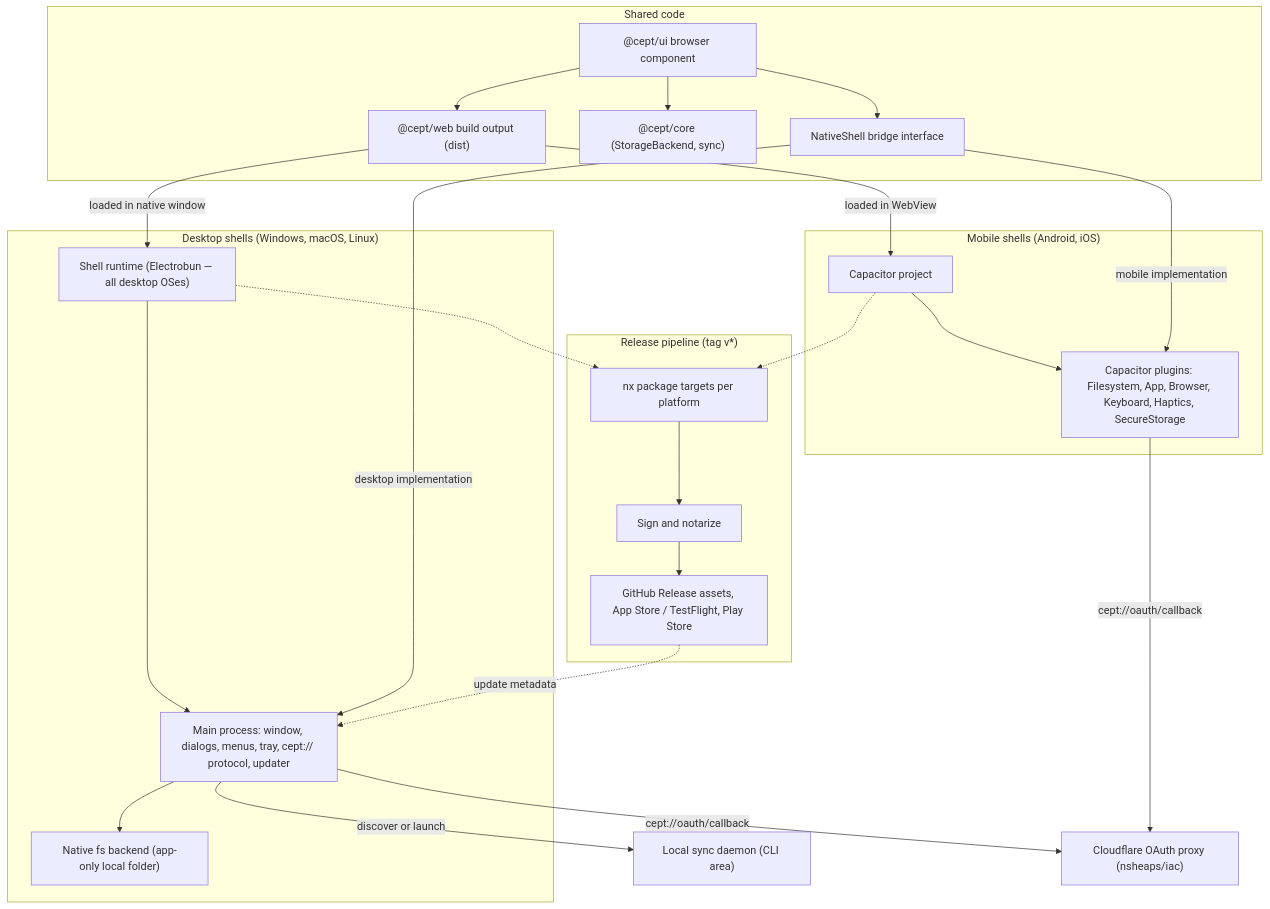
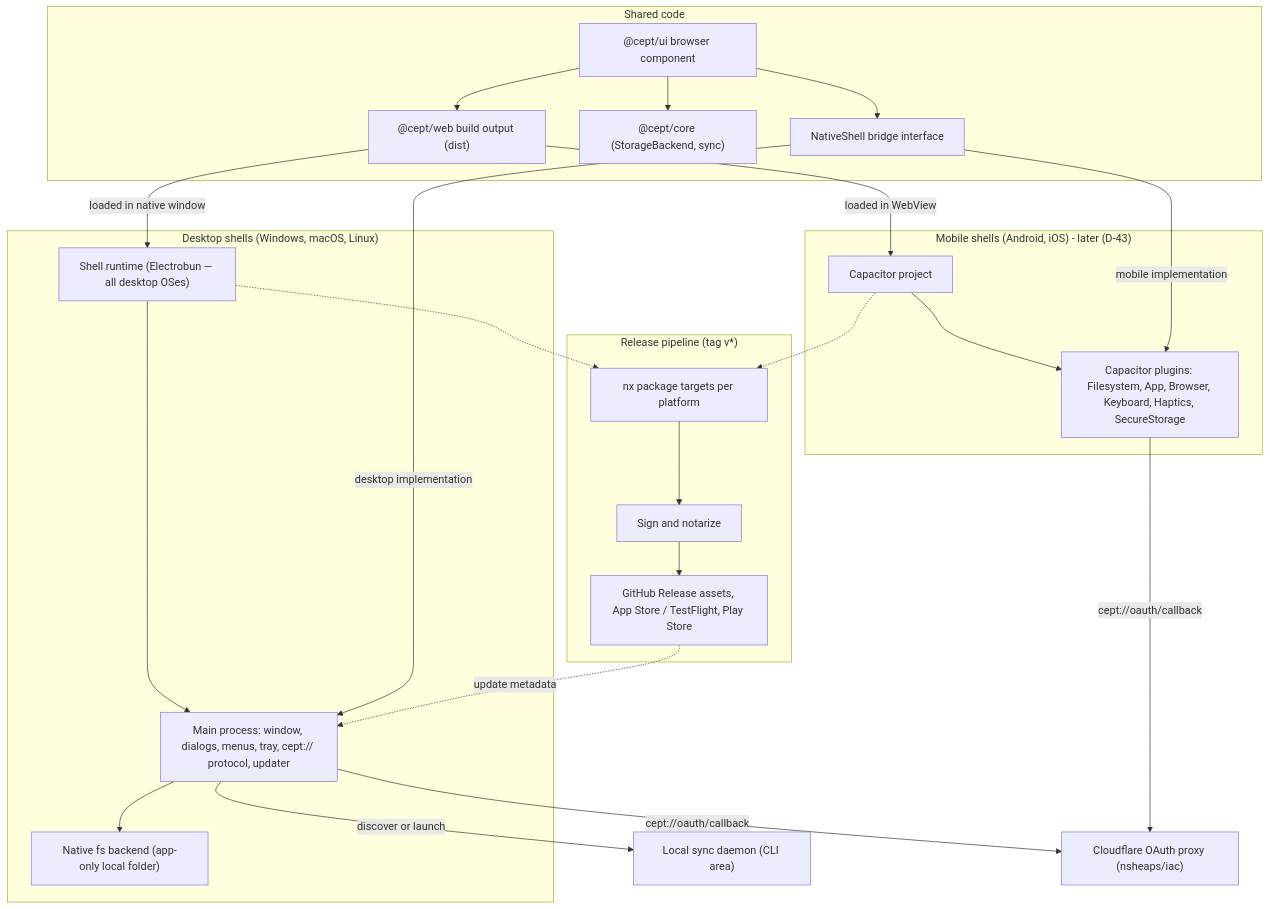
Before and after one commit to nsheaps/cept: the first of 3 diagrams in docs/specs/requirements/07-native-apps.md, drawn with Mermaid. The commit also changed other lines of this file and 10 other files, not shown here.

````diff
--- a/docs/specs/requirements/07-native-apps.md
+++ b/docs/specs/requirements/07-native-apps.md
@@ -76,47 +77,47 @@
 ```mermaid
 flowchart TB
   subgraph Shared["Shared code"]
     UI["@cept/ui browser component"]
     WEB["@cept/web build output (dist)"]
     CORE["@cept/core (StorageBackend, sync)"]
     BRIDGE["NativeShell bridge interface"]
     UI --> BRIDGE
     UI --> CORE
     UI --> WEB
   end
 
   subgraph Desktop["Desktop shells (Windows, macOS, Linux)"]
     DSHELL["Shell runtime (Electrobun — all desktop OSes)"]
     DMAIN["Main process: window, dialogs, menus, tray, cept:// protocol, updater"]
     DFS["Native fs backend (app-only local folder)"]
     DSHELL --> DMAIN
     DMAIN --> DFS
   end
 
-  subgraph Mobile["Mobile shells (Android, iOS)"]
+  subgraph Mobile["Mobile shells (Android, iOS) - later (D-43)"]
     CAP["Capacitor project"]
     MPLUG["Capacitor plugins: Filesystem, App, Browser, Keyboard, Haptics, SecureStorage"]
     CAP --> MPLUG
   end
 
   DAEMON["Local sync daemon (CLI area)"]
   PROXY["Cloudflare OAuth proxy (nsheaps/iac)"]
 
   WEB -->|"loaded in native window"| DSHELL
   WEB -->|"loaded in WebView"| CAP
   BRIDGE -->|"desktop implementation"| DMAIN
   BRIDGE -->|"mobile implementation"| MPLUG
   DMAIN -->|"discover or launch"| DAEMON
   DMAIN -->|"cept://oauth/callback"| PROXY
   MPLUG -->|"cept://oauth/callback"| PROXY
 
   subgraph Release["Release pipeline (tag v*)"]
     BUILD["nx package targets per platform"]
     SIGN["Sign and notarize"]
     PUB["GitHub Release assets, App Store / TestFlight, Play Store"]
     BUILD --> SIGN --> PUB
   end
   DSHELL -.-> BUILD
   CAP -.-> BUILD
   PUB -.->|"update metadata"| DMAIN
 ```
````
